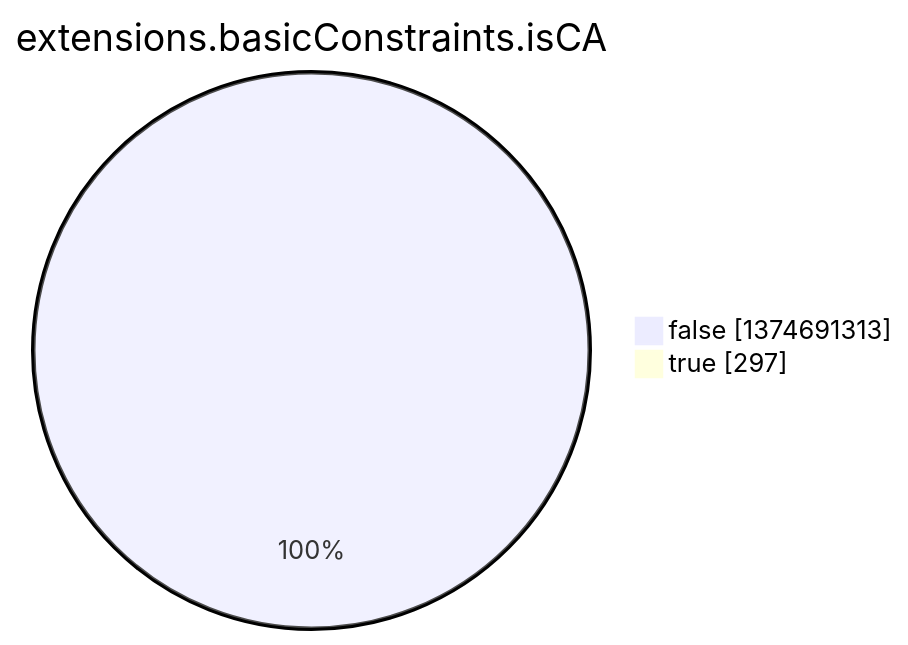
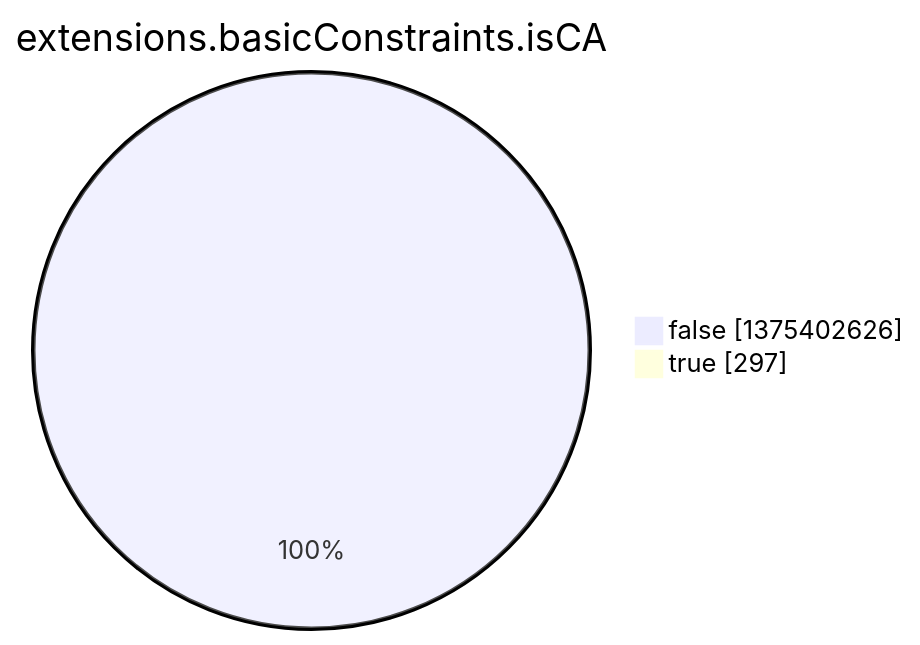
One commit to christiankrug/ctmonitor_visualization changed the eighth of 15 diagrams in argon2022/README.md. Above: the diagram before and after it, drawn with Mermaid. The commit also changed other lines of this file, not shown here.

````diff
--- a/argon2022/README.md
+++ b/argon2022/README.md
@@ -2759,6 +2759,6 @@
 ```mermaid
 pie showData
 title extensions.basicConstraints.isCA
-"false" :1374691313
+"false" :1375402626
 "true" :297
 ```
````
